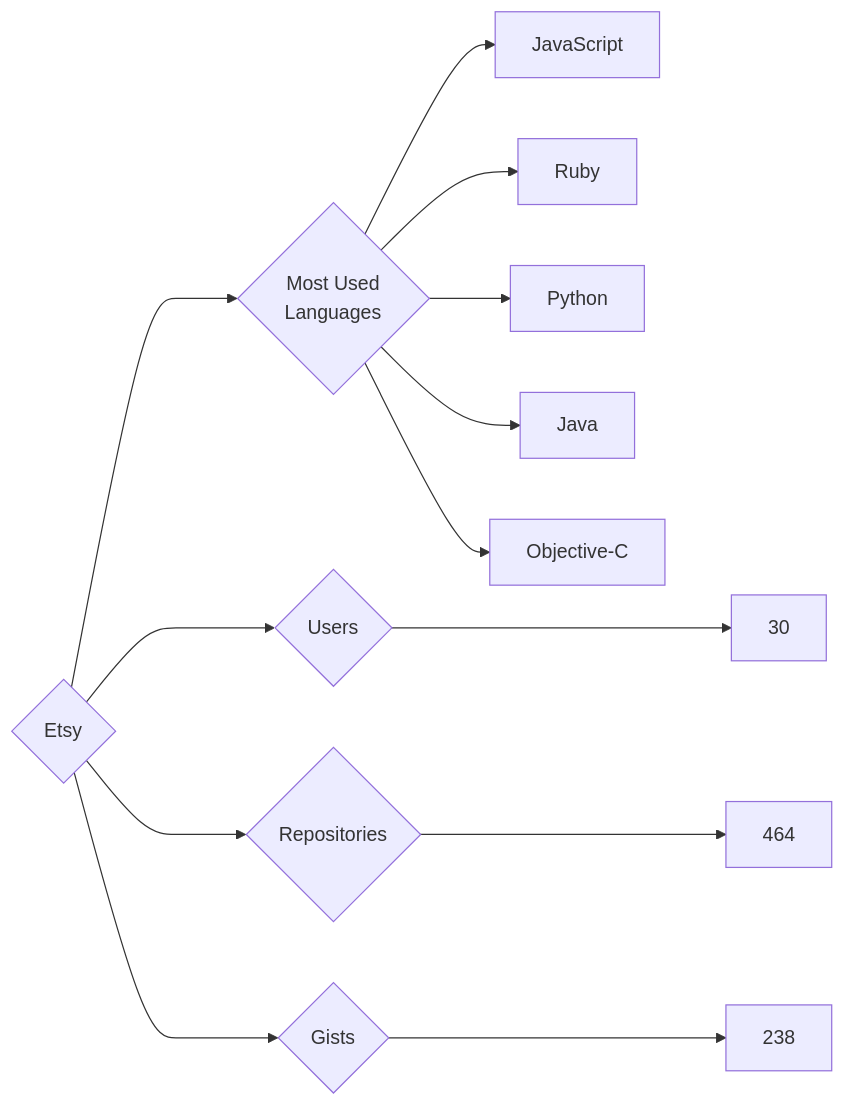
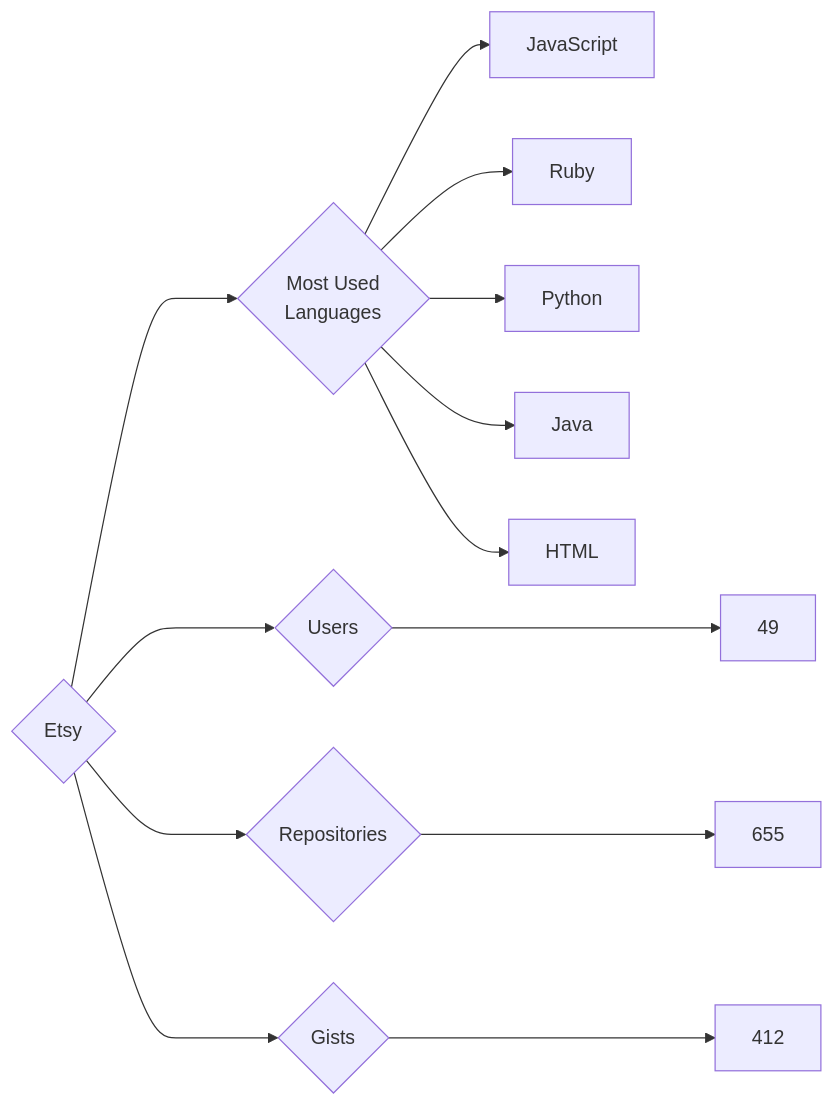
The diagram in targets/Etsy/README.md (trickest/insiders), drawn with Mermaid before and after one commit. The commit also changed 838 other files, not shown here.

````diff
--- a/targets/Etsy/README.md
+++ b/targets/Etsy/README.md
@@ -3,13 +3,13 @@
 ```mermaid
 graph LR
 COMPANY_NAME{Etsy}
-COMPANY_NAME ---> U{Users} ---> UN[30]
-COMPANY_NAME ---> R{Repositories} ---> RN[464]
-COMPANY_NAME ---> G{Gists} ---> GN[238]
+COMPANY_NAME ---> U{Users} ---> UN[49]
+COMPANY_NAME ---> R{Repositories} ---> RN[655]
+COMPANY_NAME ---> G{Gists} ---> GN[412]
 COMPANY_NAME ---> ML{Most Used<br>Languages}
 ML --> JavaScript[JavaScript]
 ML --> Ruby[Ruby]
 ML --> Python[Python]
 ML --> Java[Java]
-ML --> Objective-C[Objective-C]
+ML --> HTML[HTML]
 ```
````
